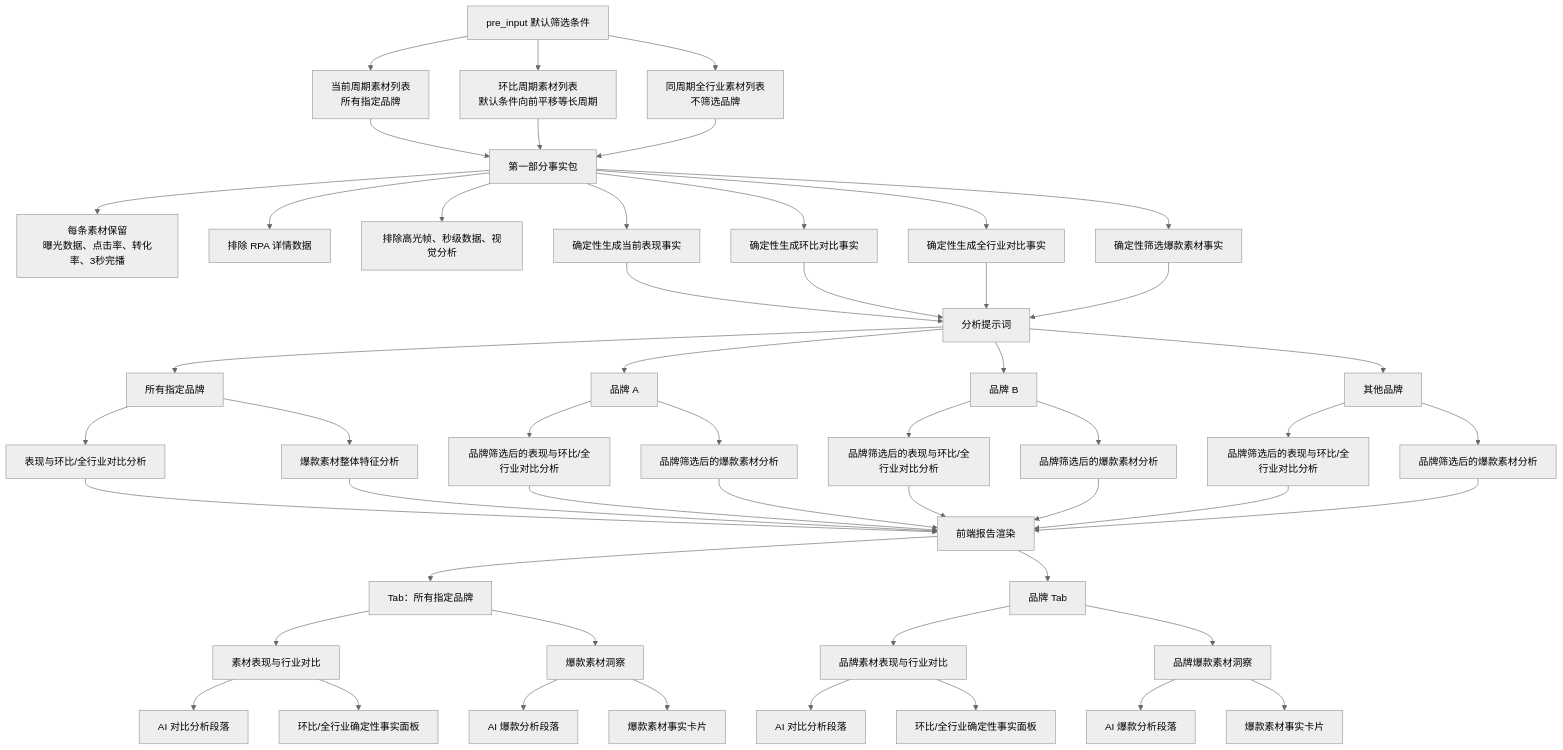
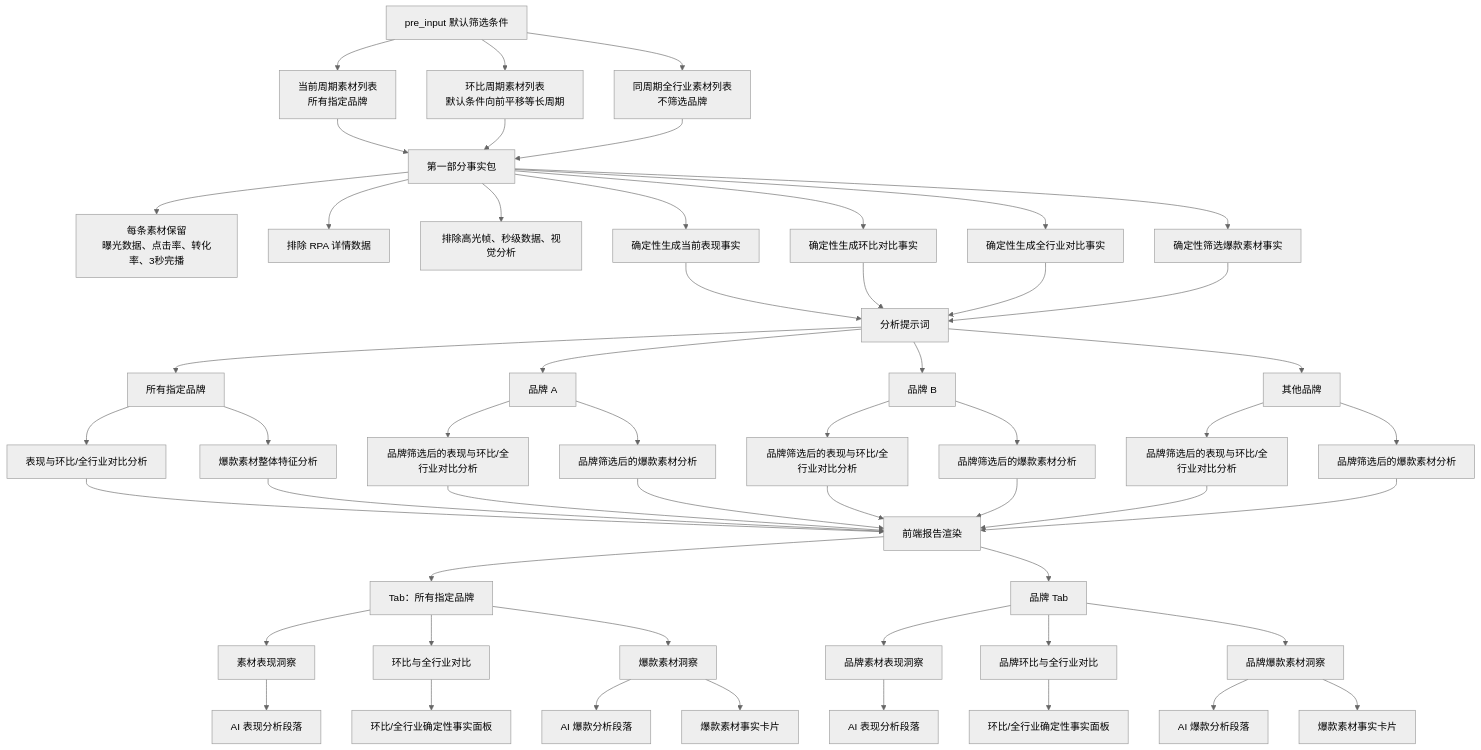
One commit to Ayakatokyo/yuntu-industry-content-rankings-analysis changed the diagram in docs/mermaid/chapter01-material-ranking-data-flow.md. Above: the diagram before and after it, drawn with Mermaid (neutral theme). The commit also changed 7 other files, not shown here.

````diff
--- a/docs/mermaid/chapter01-material-ranking-data-flow.md
+++ b/docs/mermaid/chapter01-material-ranking-data-flow.md
@@ -5,70 +5,72 @@
 ```mermaid
 flowchart TD
     A[pre_input 默认筛选条件]
 
     A --> B1[当前周期素材列表<br/>所有指定品牌]
     A --> B2[环比周期素材列表<br/>默认条件向前平移等长周期]
     A --> B3[同周期全行业素材列表<br/>不筛选品牌]
 
     B1 --> C[第一部分事实包]
     B2 --> C
     B3 --> C
 
     C --> C1[每条素材保留<br/>曝光数据、点击率、转化率、3秒完播]
     C --> C2[排除 RPA 详情数据]
     C --> C3[排除高光帧、秒级数据、视觉分析]
 
     C --> D1[确定性生成当前表现事实]
     C --> D2[确定性生成环比对比事实]
     C --> D3[确定性生成全行业对比事实]
     C --> D4[确定性筛选爆款素材事实]
 
     D1 --> E[分析提示词]
     D2 --> E
     D3 --> E
     D4 --> E
 
     E --> F1[所有指定品牌]
     E --> F2[品牌 A]
     E --> F3[品牌 B]
     E --> F4[其他品牌]
 
     F1 --> G1[表现与环比/全行业对比分析]
     F1 --> G2[爆款素材整体特征分析]
 
     F2 --> H1[品牌筛选后的表现与环比/全行业对比分析]
     F2 --> H2[品牌筛选后的爆款素材分析]
 
     F3 --> I1[品牌筛选后的表现与环比/全行业对比分析]
     F3 --> I2[品牌筛选后的爆款素材分析]
 
     F4 --> J1[品牌筛选后的表现与环比/全行业对比分析]
     F4 --> J2[品牌筛选后的爆款素材分析]
 
     G1 --> K[前端报告渲染]
     G2 --> K
     H1 --> K
     H2 --> K
     I1 --> K
     I2 --> K
     J1 --> K
     J2 --> K
 
     K --> L[Tab：所有指定品牌]
     K --> M[品牌 Tab]
 
-    L --> L1[素材表现与行业对比]
-    L --> L2[爆款素材洞察]
-    M --> M1[品牌素材表现与行业对比]
-    M --> M2[品牌爆款素材洞察]
+    L --> L1[素材表现洞察]
+    L --> L2[环比与全行业对比]
+    L --> L3[爆款素材洞察]
+    M --> M1[品牌素材表现洞察]
+    M --> M2[品牌环比与全行业对比]
+    M --> M3[品牌爆款素材洞察]
 
-    L1 --> N1[AI 对比分析段落]
-    L1 --> N2[环比/全行业确定性事实面板]
-    L2 --> N3[AI 爆款分析段落]
-    L2 --> N4[爆款素材事实卡片]
+    L1 --> N1[AI 表现分析段落]
+    L2 --> N2[环比/全行业确定性事实面板]
+    L3 --> N3[AI 爆款分析段落]
+    L3 --> N4[爆款素材事实卡片]
 
-    M1 --> O1[AI 对比分析段落]
-    M1 --> O2[环比/全行业确定性事实面板]
-    M2 --> O3[AI 爆款分析段落]
-    M2 --> O4[爆款素材事实卡片]
+    M1 --> O1[AI 表现分析段落]
+    M2 --> O2[环比/全行业确定性事实面板]
+    M3 --> O3[AI 爆款分析段落]
+    M3 --> O4[爆款素材事实卡片]
 ```
````
